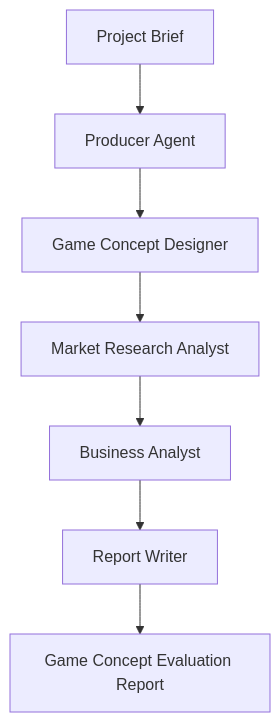
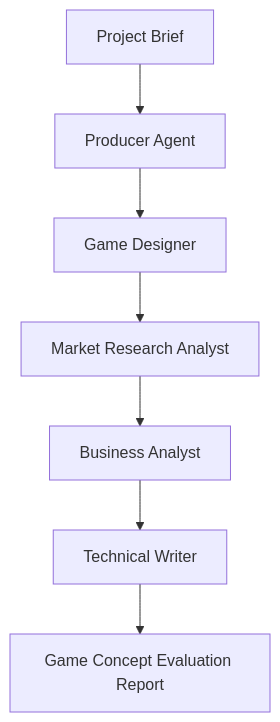
Before and after one commit to dbaron-gamedev/ideaforge: the diagram in README.md, drawn with Mermaid. The commit also changed other lines of this file and 4 other files, not shown here.

````diff
--- a/README.md
+++ b/README.md
@@ -22,9 +22,9 @@
 ```mermaid
 flowchart TD
     A[Project Brief] --> B[Producer Agent]
-    B --> C[Game Concept Designer]
+    B --> C[Game Designer]
     C --> D[Market Research Analyst]
     D --> E[Business Analyst]
-    E --> F[Report Writer]
+    E --> F[Technical Writer]
     F --> G[Game Concept Evaluation Report]
 ```
````
